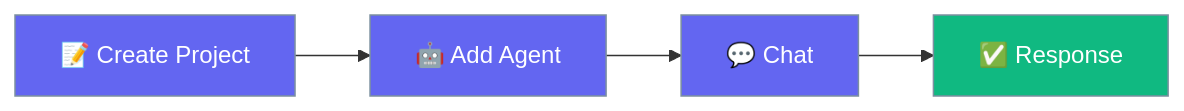
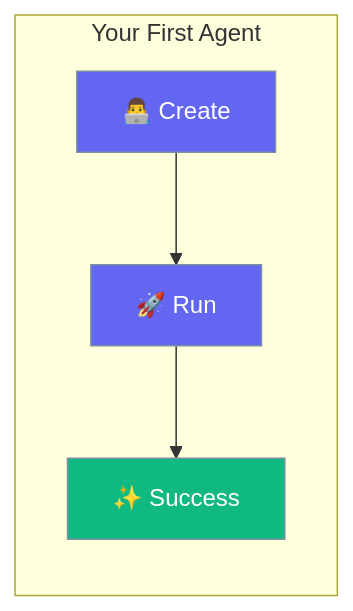
The diagram in docs/rust/quickstart.mdx (MervinPraison/PraisonAIDocs), drawn with Mermaid before and after one commit. The commit also changed other lines of this file and 87 other files, not shown here.

````diff
--- a/docs/rust/quickstart.mdx
+++ b/docs/rust/quickstart.mdx
@@ -10,10 +10,13 @@
 ```mermaid
 graph LR
-    A[📝 Create Project] --> B[🤖 Add Agent] --> C[💬 Chat] --> D[✅ Response]
+    subgraph "Your First Agent"
+        C[👨‍💻 Create] --> R[🚀 Run]
+        R --> S[✨ Success]
+    end
     
     classDef step fill:#6366F1,stroke:#7C90A0,color:#fff
-    classDef result fill:#10B981,stroke:#7C90A0,color:#fff
+    classDef success fill:#10B981,stroke:#7C90A0,color:#fff
     
-    class A,B,C step
-    class D result
+    class C,R step
+    class S success
 ```
````
